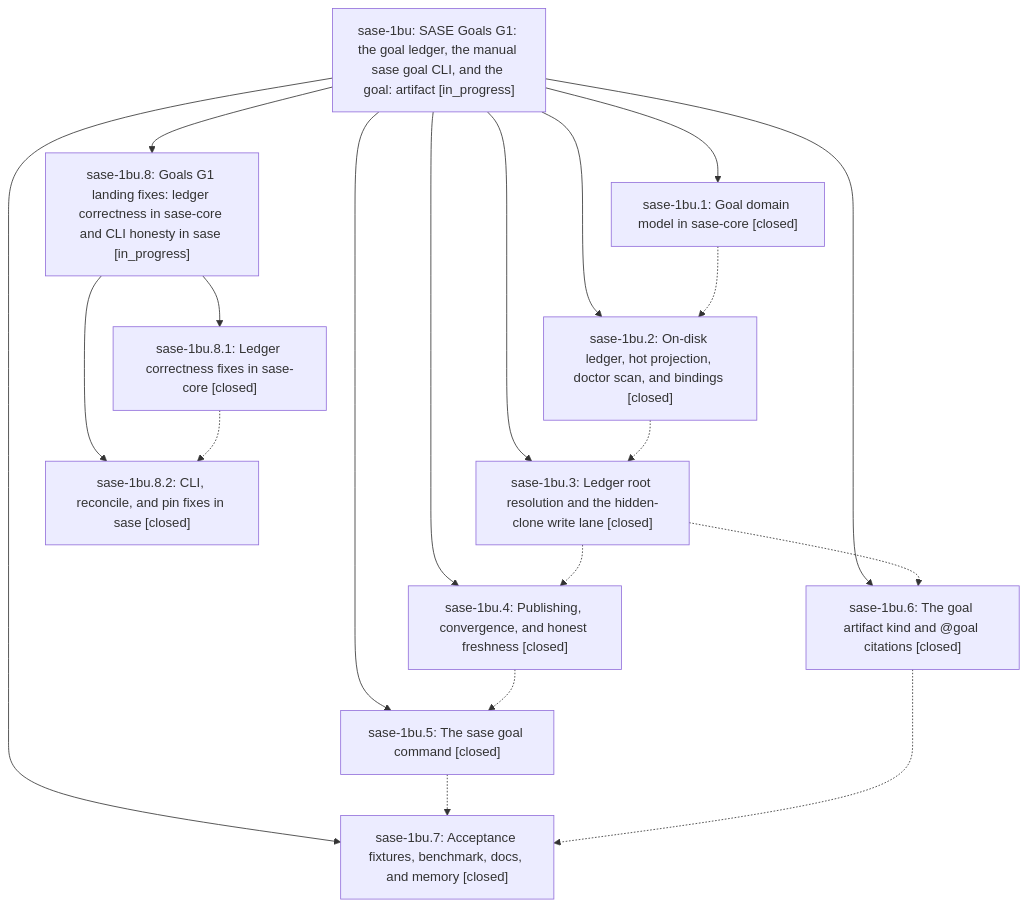
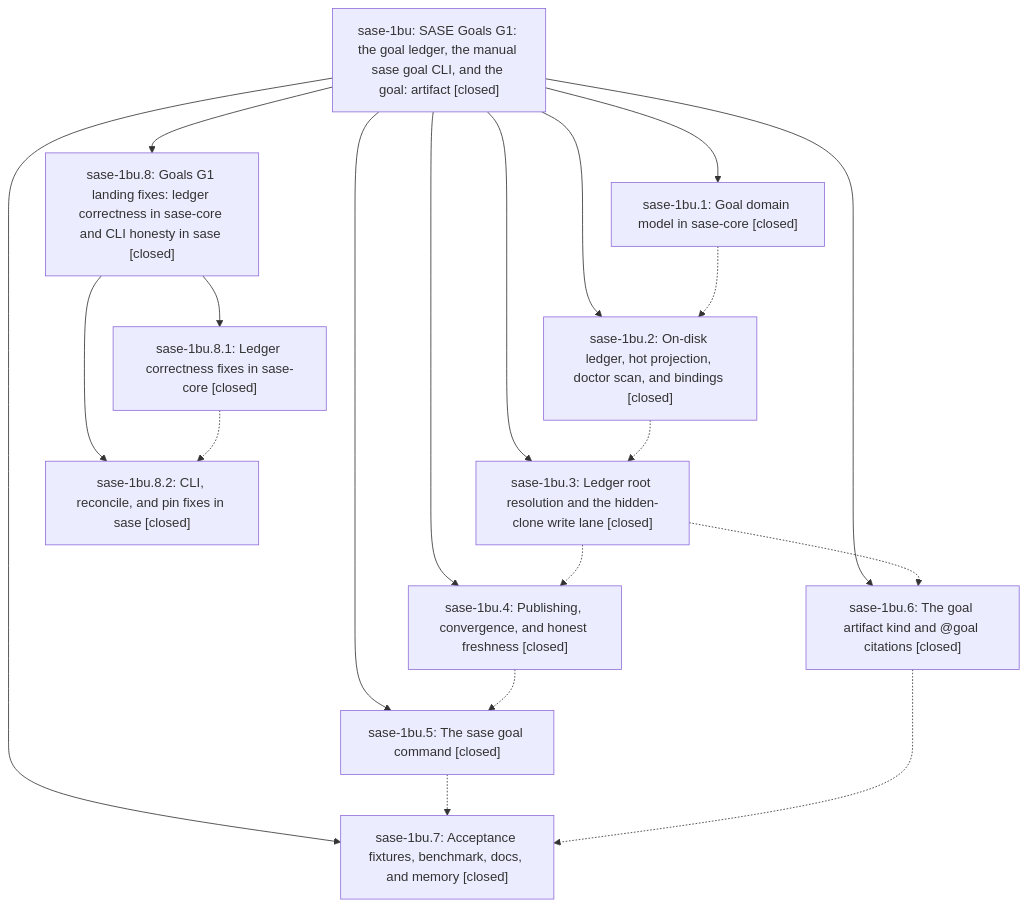
One commit to sase-org/sase--beads changed the diagram in pages/sase-1bu/README.md. Above: the diagram before and after it, drawn with Mermaid. The commit also changed other lines of this file and 2 other files, not shown here.

First line of the commit message:
chore(beads): sync bead state and pages for sase-1bu

````diff
--- a/pages/sase-1bu/README.md
+++ b/pages/sase-1bu/README.md
@@ -52,32 +54,32 @@
 ```mermaid
 flowchart TD
-    n0["sase-1bu: SASE Goals G1: the goal ledger, the manual sase goal CLI, and the goal: artifact [in_progress]"]
+    n0["sase-1bu: SASE Goals G1: the goal ledger, the manual sase goal CLI, and the goal: artifact [closed]"]
     n1["sase-1bu.1: Goal domain model in sase-core [closed]"]
     n2["sase-1bu.2: On-disk ledger, hot projection, doctor scan, and bindings [closed]"]
     n3["sase-1bu.3: Ledger root resolution and the hidden-clone write lane [closed]"]
     n4["sase-1bu.4: Publishing, convergence, and honest freshness [closed]"]
     n5["sase-1bu.5: The sase goal command [closed]"]
     n6["sase-1bu.6: The goal artifact kind and @goal citations [closed]"]
     n7["sase-1bu.7: Acceptance fixtures, benchmark, docs, and memory [closed]"]
-    n8["sase-1bu.8: Goals G1 landing fixes: ledger correctness in sase-core and CLI honesty in sase [in_progress]"]
+    n8["sase-1bu.8: Goals G1 landing fixes: ledger correctness in sase-core and CLI honesty in sase [closed]"]
     n9["sase-1bu.8.1: Ledger correctness fixes in sase-core [closed]"]
     n10["sase-1bu.8.2: CLI, reconcile, and pin fixes in sase [closed]"]
     n0 --> n1
     n0 --> n2
     n0 --> n3
     n0 --> n4
     n0 --> n5
     n0 --> n6
     n0 --> n7
     n0 --> n8
     n8 --> n9
     n8 --> n10
     n1 -.-> n2
     n2 -.-> n3
     n3 -.-> n4
     n3 -.-> n6
     n4 -.-> n5
     n5 -.-> n7
     n6 -.-> n7
     n9 -.-> n10
 ```
````
